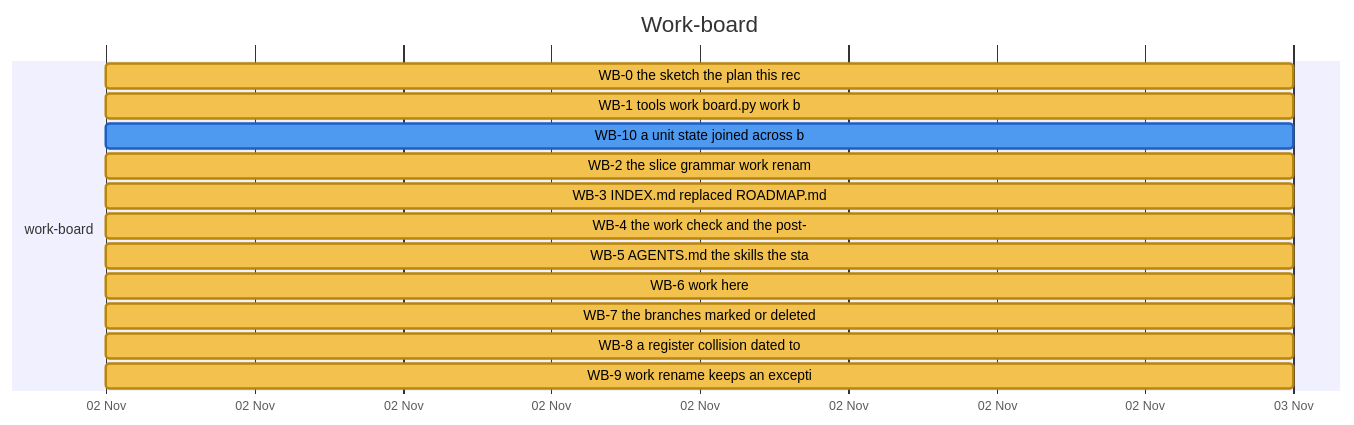
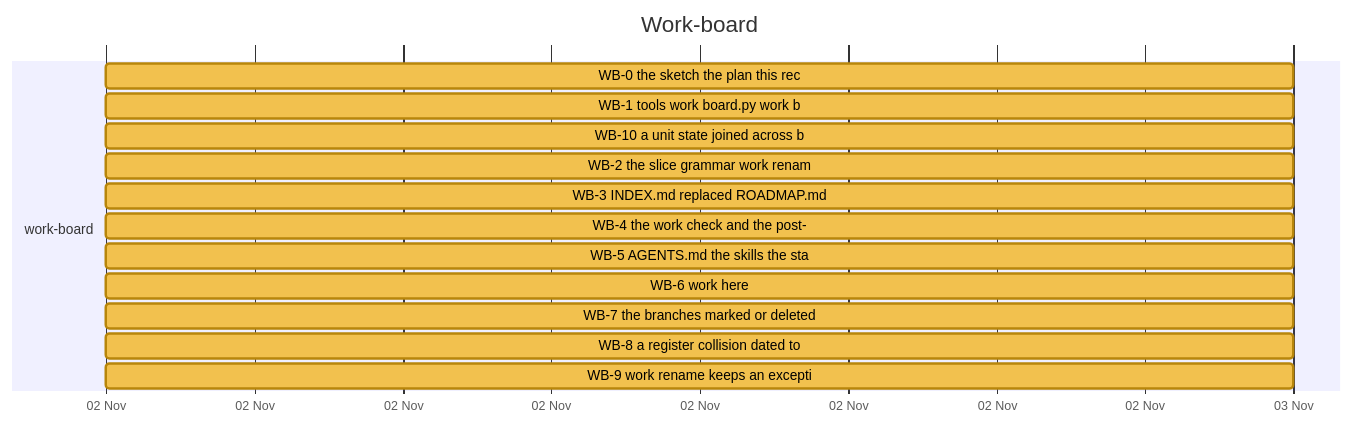
Diagram 17 of 26 in docs/developer/ROADMAP.md (nebularis/lattice), drawn with Mermaid before and after one commit. The commit also changed other lines of this file and 15 other files, not shown here.

````diff
--- a/docs/developer/ROADMAP.md
+++ b/docs/developer/ROADMAP.md
@@ -472,19 +472,19 @@
 ```mermaid
 %%{init: {"themeVariables": {"taskBkgColor": "#f2c14e", "taskBorderColor": "#b8860b", "taskTextColor": "#000000", "activeTaskBkgColor": "#4e9af1", "activeTaskBorderColor": "#1f5fbf", "activeTaskBorderColor": "#1f5fbf", "doneTaskBkgColor": "#8fcf8f", "doneTaskBorderColor": "#2f7d32", "critBkgColor": "#f28b82", "critBorderColor": "#b23a30", "taskTextDarkColor": "#000000", "taskTextLightColor": "#000000"}}}%%
 gantt
     title Work-board
     dateFormat YYYY-MM-DD
     axisFormat %d %b
     section work-board
     WB-0 the sketch the plan this rec :wb0, 2026-11-02, 2026-11-03
     WB-1 tools work board.py work b :wb1, 2026-11-02, 2026-11-03
-    WB-10 a unit state joined across b :active, wb10, 2026-11-02, 2026-11-03
+    WB-10 a unit state joined across b :wb10, 2026-11-02, 2026-11-03
     WB-2 the slice grammar work renam :wb2, 2026-11-02, 2026-11-03
     WB-3 INDEX.md replaced ROADMAP.md :wb3, 2026-11-02, 2026-11-03
     WB-4 the work check and the post- :wb4, 2026-11-02, 2026-11-03
     WB-5 AGENTS.md the skills the sta :wb5, 2026-11-02, 2026-11-03
     WB-6 work here :wb6, 2026-11-02, 2026-11-03
     WB-7 the branches marked or deleted :wb7, 2026-11-02, 2026-11-03
     WB-8 a register collision dated to :wb8, 2026-11-02, 2026-11-03
     WB-9 work rename keeps an excepti :wb9, 2026-11-02, 2026-11-03
 ```
````
